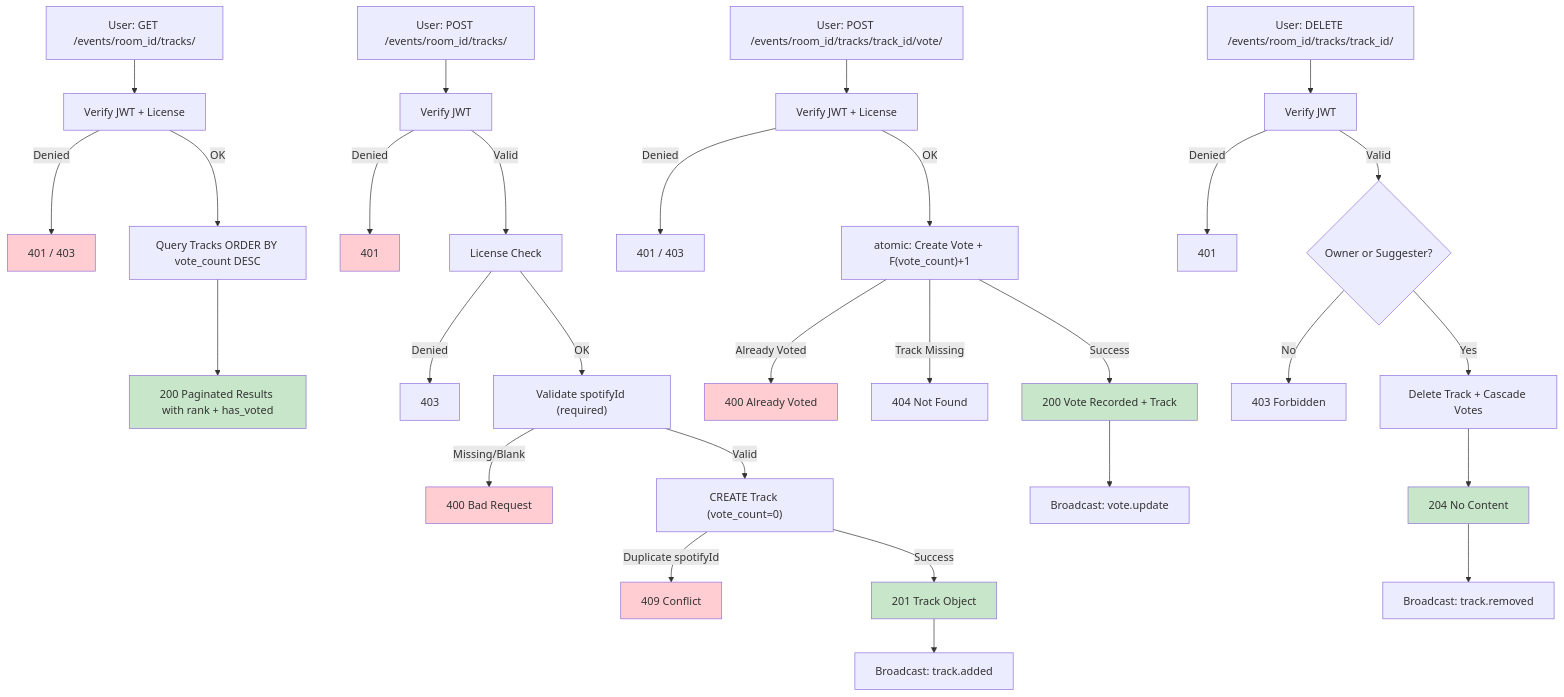
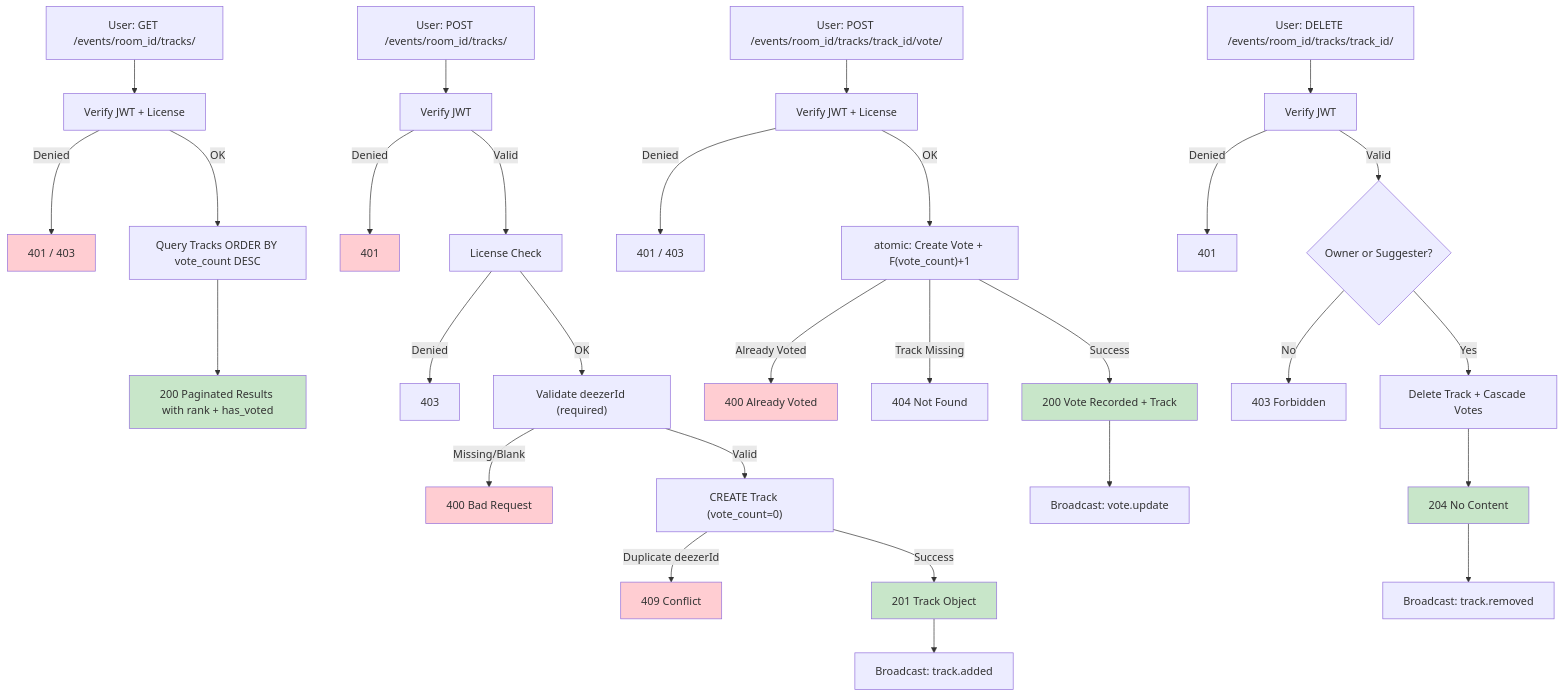
Before and after one commit to RadiantVixen/music-room: the ninth of 13 diagrams in API_SCHEMAS.md, drawn with Mermaid. The commit also changed other lines of this file and 77 other files, not shown here.

Commit message:
change from spotify to deezer

````diff
--- a/API_SCHEMAS.md
+++ b/API_SCHEMAS.md
@@ -864,44 +897,44 @@
 ```mermaid
 graph TD
     A["User: GET /events/room_id/tracks/"] --> B["Verify JWT + License"]
     B -->|Denied| C["401 / 403"]
     B -->|OK| D["Query Tracks ORDER BY vote_count DESC"]
     D --> E["200 Paginated Results with rank + has_voted"]
 
     F["User: POST /events/room_id/tracks/"] --> G["Verify JWT"]
     G -->|Denied| H["401"]
     G -->|Valid| I["License Check"]
     I -->|Denied| J["403"]
-    I -->|OK| K["Validate spotifyId (required)"]
+    I -->|OK| K["Validate deezerId (required)"]
     K -->|Missing/Blank| L["400 Bad Request"]
     K -->|Valid| M["CREATE Track (vote_count=0)"]
-    M -->|Duplicate spotifyId| N["409 Conflict"]
+    M -->|Duplicate deezerId| N["409 Conflict"]
     M -->|Success| O["201 Track Object"]
     O --> P["Broadcast: track.added"]
 
     Q["User: POST /events/room_id/tracks/track_id/vote/"] --> R["Verify JWT + License"]
     R -->|Denied| S["401 / 403"]
     R -->|OK| T["atomic: Create Vote + F(vote_count)+1"]
     T -->|Already Voted| U["400 Already Voted"]
     T -->|Track Missing| V["404 Not Found"]
     T -->|Success| W["200 Vote Recorded + Track"]
     W --> X["Broadcast: vote.update"]
 
     Y["User: DELETE /events/room_id/tracks/track_id/"] --> Z["Verify JWT"]
     Z -->|Denied| AA["401"]
     Z -->|Valid| AB{"Owner or Suggester?"}
     AB -->|No| AC["403 Forbidden"]
     AB -->|Yes| AD["Delete Track + Cascade Votes"]
     AD --> AE["204 No Content"]
     AE --> AF["Broadcast: track.removed"]
 
     style E fill:#c8e6c9
     style O fill:#c8e6c9
     style W fill:#c8e6c9
     style AE fill:#c8e6c9
     style C fill:#ffcdd2
     style H fill:#ffcdd2
     style L fill:#ffcdd2
     style N fill:#ffcdd2
     style U fill:#ffcdd2
 ```
````
